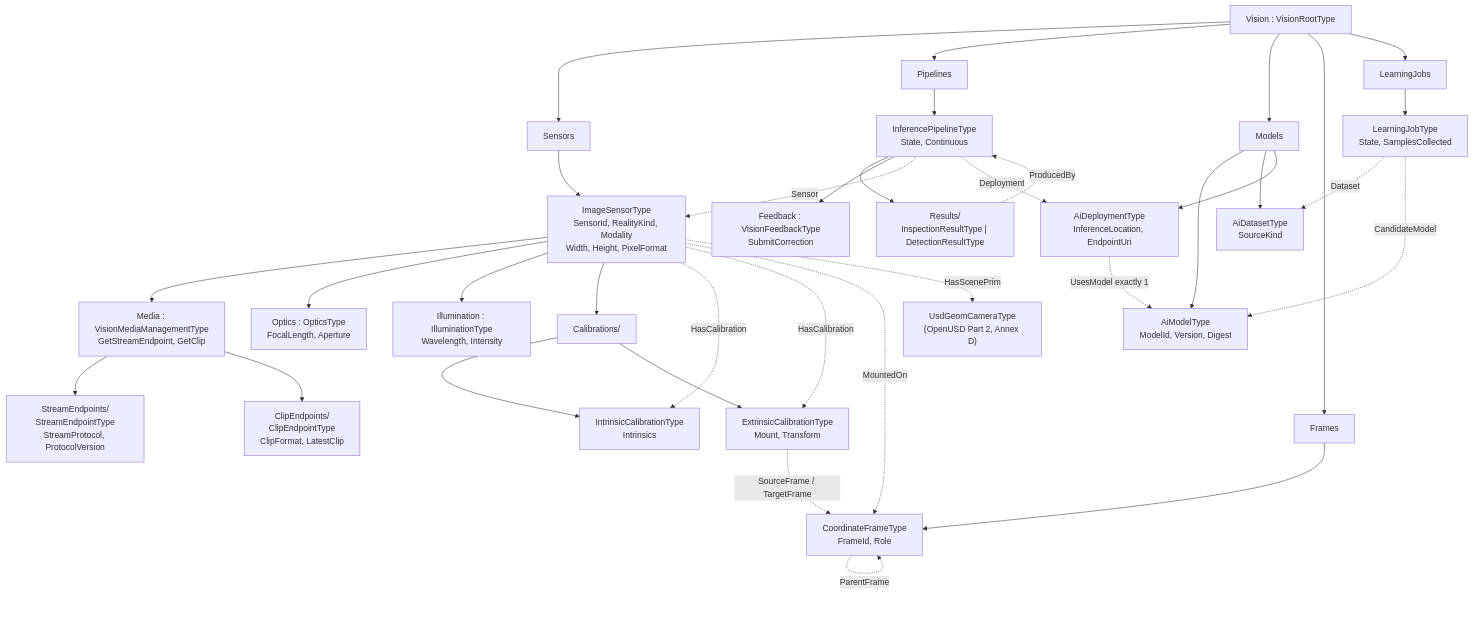
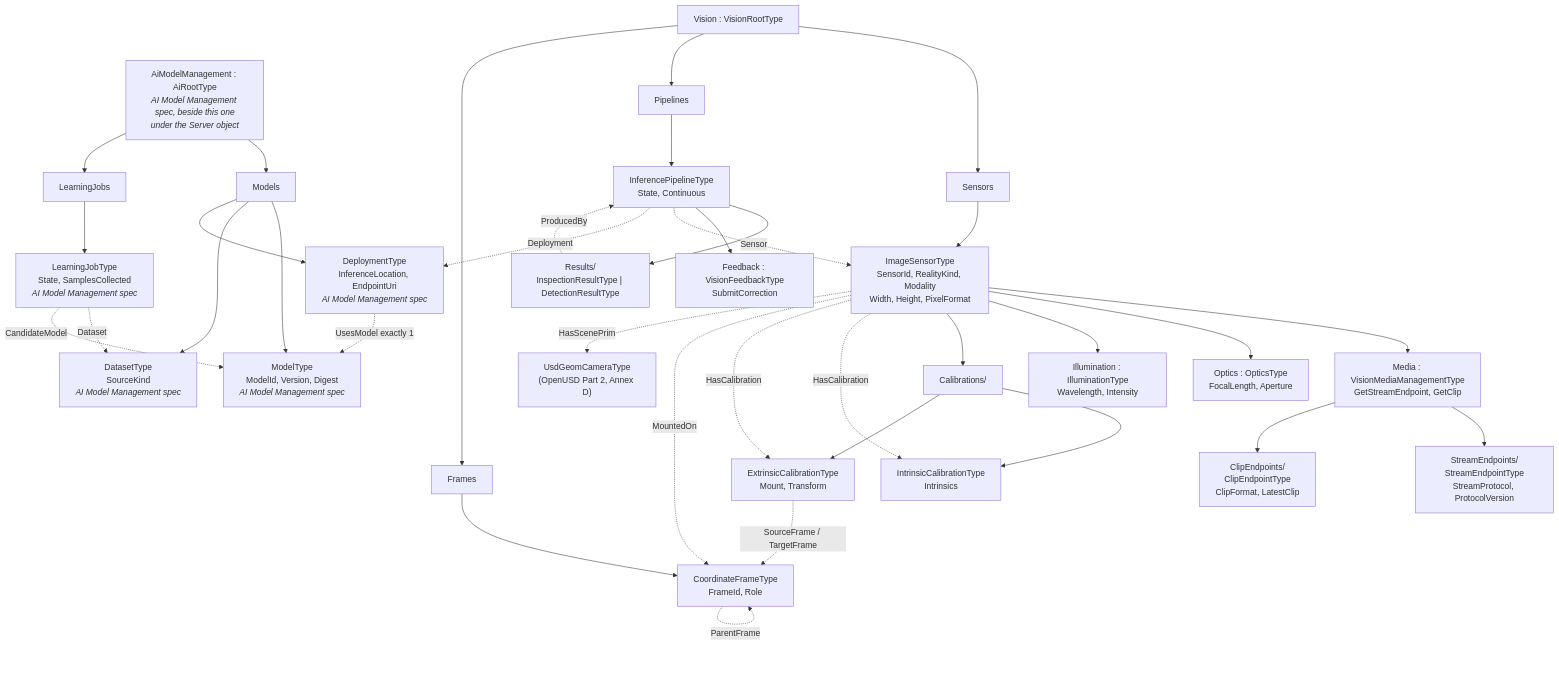
Before and after one commit to marcschier/opcua-drafts: the third of 10 diagrams in metaverse-specs/vision/OPC-UA-Vision.md, drawn with Mermaid. The commit also changed other lines of this file and 46 other files, not shown here.

````diff
--- a/metaverse-specs/vision/OPC-UA-Vision.md
+++ b/metaverse-specs/vision/OPC-UA-Vision.md
@@ -214,45 +222,46 @@
 ```mermaid
 graph TD
     ROOT["Vision : VisionRootType"]
+    AIROOT["AiModelManagement : AiRootType<br/><i>AI Model Management spec, beside this one<br/>under the Server object</i>"]
+    AIROOT --> FM["Models"]
+    AIROOT --> FJ["LearningJobs"]
     ROOT --> FS["Sensors"]
     ROOT --> FP["Pipelines"]
-    ROOT --> FM["Models"]
     ROOT --> FF["Frames"]
-    ROOT --> FJ["LearningJobs"]
 
     FS --> SENSOR["ImageSensorType<br/>SensorId, RealityKind, Modality<br/>Width, Height, PixelFormat"]
     SENSOR --> MEDIA["Media : VisionMediaManagementType<br/>GetStreamEndpoint, GetClip"]
     MEDIA --> SEP["StreamEndpoints/<br/>StreamEndpointType<br/>StreamProtocol, ProtocolVersion"]
     MEDIA --> CEP["ClipEndpoints/<br/>ClipEndpointType<br/>ClipFormat, LatestClip"]
     SENSOR --> OPT["Optics : OpticsType<br/>FocalLength, Aperture"]
     SENSOR --> ILL["Illumination : IlluminationType<br/>Wavelength, Intensity"]
     SENSOR --> CALS["Calibrations/"]
     CALS --> ICAL["IntrinsicCalibrationType<br/>Intrinsics"]
     CALS --> ECAL["ExtrinsicCalibrationType<br/>Mount, Transform"]
 
     FF --> FRAME["CoordinateFrameType<br/>FrameId, Role"]
 
-    FM --> MODEL["AiModelType<br/>ModelId, Version, Digest"]
-    FM --> DSET["AiDatasetType<br/>SourceKind"]
-    FM --> DEPL["AiDeploymentType<br/>InferenceLocation, EndpointUri"]
+    FM --> MODEL["ModelType<br/>ModelId, Version, Digest<br/><i>AI Model Management spec</i>"]
+    FM --> DSET["DatasetType<br/>SourceKind<br/><i>AI Model Management spec</i>"]
+    FM --> DEPL["DeploymentType<br/>InferenceLocation, EndpointUri<br/><i>AI Model Management spec</i>"]
 
     FP --> PIPE["InferencePipelineType<br/>State, Continuous"]
     PIPE --> RES["Results/<br/>InspectionResultType | DetectionResultType"]
     PIPE --> FB["Feedback : VisionFeedbackType<br/>SubmitCorrection"]
 
-    FJ --> JOB["LearningJobType<br/>State, SamplesCollected"]
+    FJ --> JOB["LearningJobType<br/>State, SamplesCollected<br/><i>AI Model Management spec</i>"]
 
     SENSOR -.HasCalibration.-> ICAL
     SENSOR -.HasCalibration.-> ECAL
     SENSOR -.MountedOn.-> FRAME
     SENSOR -.HasScenePrim.-> PRIM["UsdGeomCameraType<br/>(OpenUSD Part 2, Annex D)"]
     DEPL -.UsesModel exactly 1.-> MODEL
     RES -.ProducedBy.-> PIPE
 
     PIPE -.->|Sensor| SENSOR
     PIPE -.->|Deployment| DEPL
     ECAL -.->|SourceFrame / TargetFrame| FRAME
     FRAME -.->|ParentFrame| FRAME
     JOB -.->|Dataset| DSET
     JOB -.->|CandidateModel| MODEL
 ```
````
